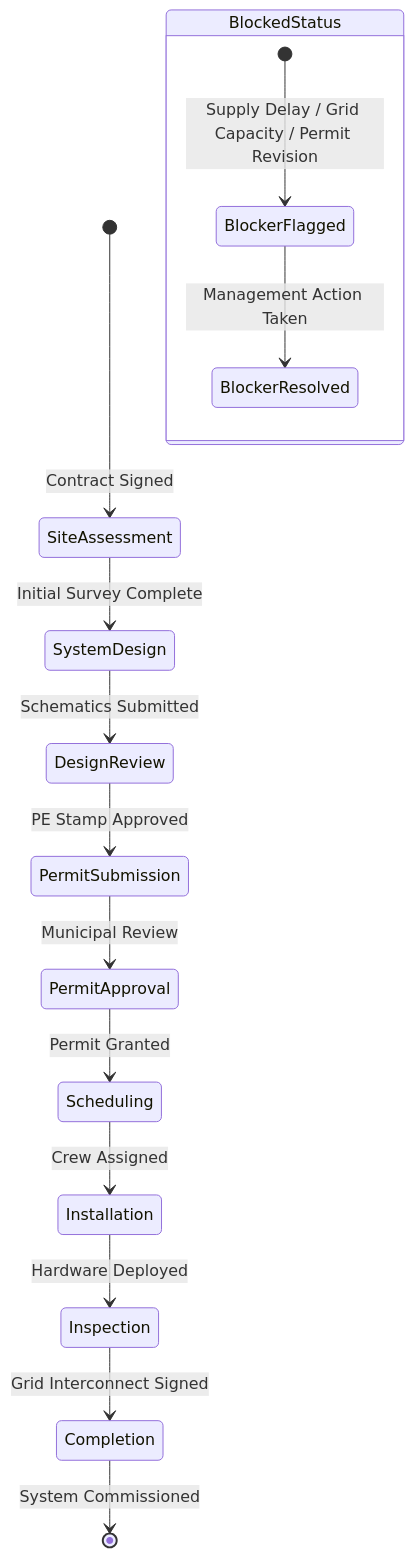
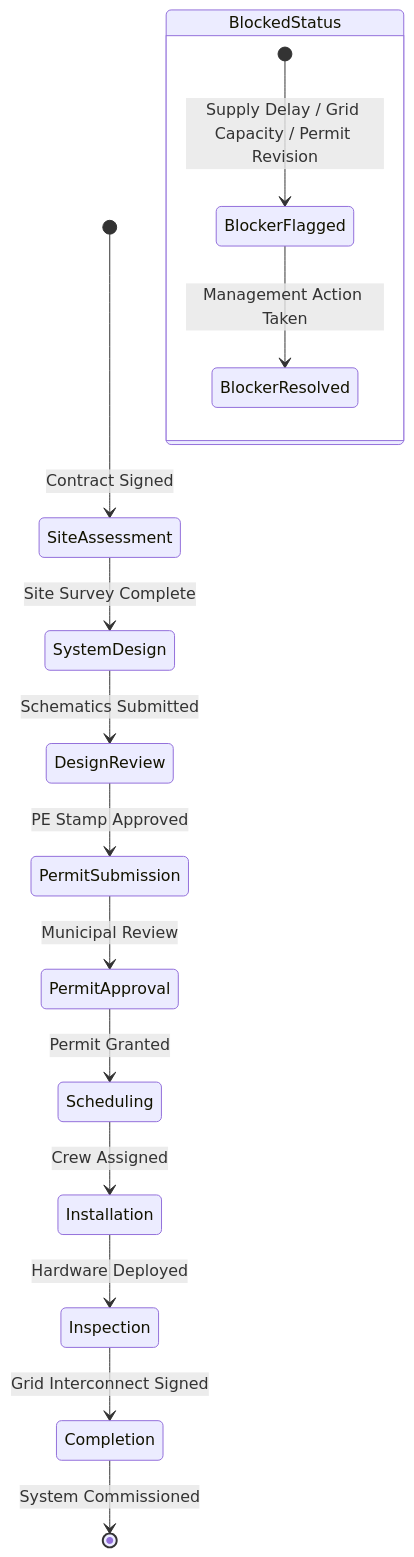
One commit to Dhanya562004/energyops-workflow-platform changed the second of 2 diagrams in README.md. Above: the diagram before and after it, drawn with Mermaid. The commit also changed other lines of this file, not shown here.

````diff
--- a/README.md
+++ b/README.md
@@ -95,18 +100,18 @@
 ```mermaid
 stateDiagram-v2
     [*] --> SiteAssessment: Contract Signed
-    SiteAssessment --> SystemDesign: Initial Survey Complete
+    SiteAssessment --> SystemDesign: Site Survey Complete
     SystemDesign --> DesignReview: Schematics Submitted
     DesignReview --> PermitSubmission: PE Stamp Approved
     PermitSubmission --> PermitApproval: Municipal Review
     PermitApproval --> Scheduling: Permit Granted
     Scheduling --> Installation: Crew Assigned
     Installation --> Inspection: Hardware Deployed
     Inspection --> Completion: Grid Interconnect Signed
     Completion --> [*]: System Commissioned
 
     state BlockedStatus {
         [*] --> BlockerFlagged: Supply Delay / Grid Capacity / Permit Revision
         BlockerFlagged --> BlockerResolved: Management Action Taken
     }
 ```
````
